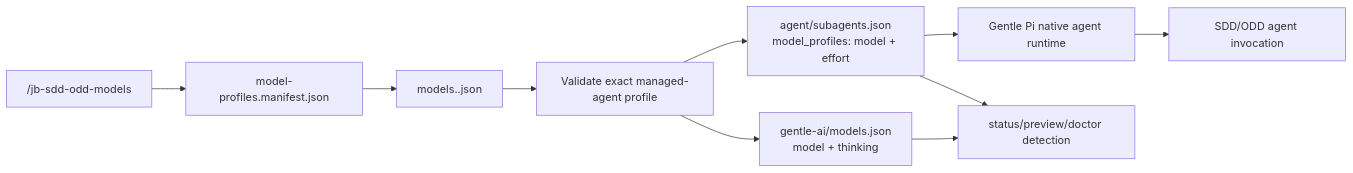
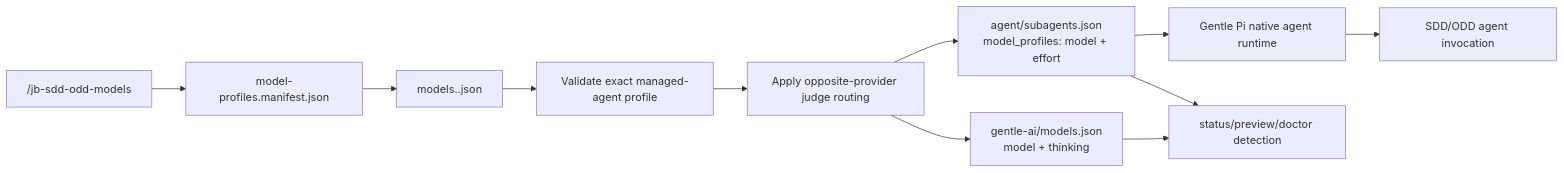
Before and after one commit to julianbruno/pissdmodelswitch: the diagram in MODEL_SWITCHING.md, drawn with Mermaid. The commit also changed other lines of this file and 14 other files, not shown here.

Commit message:
Add opposite-provider judge routing

````diff
--- a/MODEL_SWITCHING.md
+++ b/MODEL_SWITCHING.md
@@ -7,12 +7,13 @@
 ```mermaid
 flowchart LR
   C["/jb-sdd-odd-models <profile>"] --> M["model-profiles.manifest.json"]
   M --> P["models.<profile>.json"]
   P --> V["Validate exact managed-agent profile"]
-  V --> A["gentle-ai/models.json\nmodel + thinking"]
-  V --> R["agent/subagents.json\nmodel_profiles: model + effort"]
+  V --> O["Apply opposite-provider judge routing"]
+  O --> A["gentle-ai/models.json\nmodel + thinking"]
+  O --> R["agent/subagents.json\nmodel_profiles: model + effort"]
   R --> G["Gentle Pi native agent runtime"]
   G --> S["SDD/ODD agent invocation"]
   A --> T["status/preview/doctor detection"]
   R --> T
 ```
````
